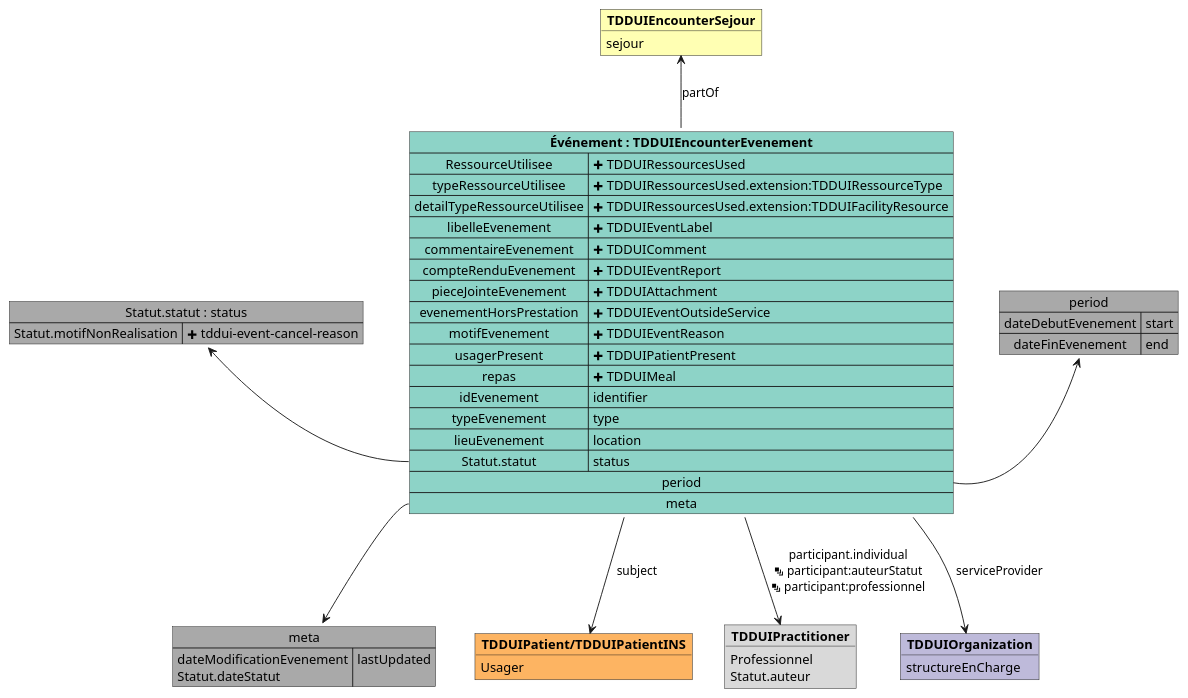
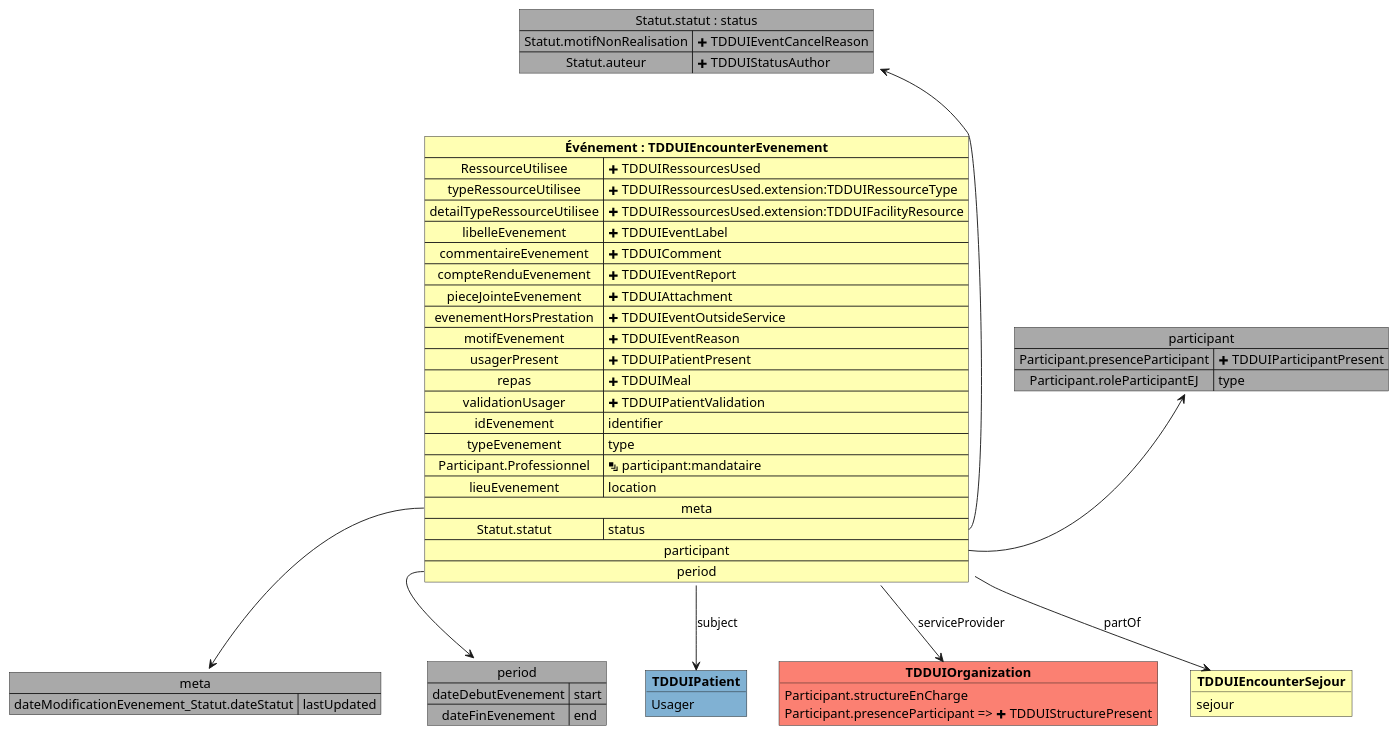
One commit to ansforge/IG-fhir-medicosocial-transfert-donnees-dui changed the diagram in input/images-source/mapping_TDDUIEncounterEvenement.plantuml. Above: the diagram before and after it, drawn with PlantUML. The commit also changed 8 other files, not shown here.

```diff
--- a/input/images-source/mapping_TDDUIEncounterEvenement.plantuml
+++ b/input/images-source/mapping_TDDUIEncounterEvenement.plantuml
@@ -1,60 +1,64 @@
 @startuml
 
 map "meta" as meta #DarkGray {
-    dateModificationEvenement\nStatut.dateStatut => lastUpdated
+    dateModificationEvenement_Statut.dateStatut => lastUpdated
 }
 
 map "Statut.statut : status" as Statutstatut #DarkGray {
-    Statut.motifNonRealisation => <&plus> tddui-event-cancel-reason
+    Statut.motifNonRealisation => <&plus> TDDUIEventCancelReason
+    Statut.auteur => <&plus> TDDUIStatusAuthor
+}
+
+map "participant" as participant #DarkGray {
+    Participant.presenceParticipant => <&plus> TDDUIParticipantPresent
+    Participant.roleParticipantEJ => type
 }
 
 map "period" as period #DarkGray {
     dateDebutEvenement => start
     dateFinEvenement => end
 }
 
-object "**TDDUIPatient/TDDUIPatientINS**" as TDDUIPatient #fdb462 {
+object "**TDDUIPatient**" as TDDUIPatient_subject #80b1d3 {
     Usager
 }
 
-object "**TDDUIPractitioner**" as TDDUIPractitioner #d9d9d9 {
-    Professionnel
-    Statut.auteur
+object "**TDDUIOrganization**" as TDDUIOrganization_serviceProvider #fb8072 {
+    Participant.structureEnCharge
+    Participant.presenceParticipant => <&plus> TDDUIStructurePresent
 }
 
-object "**TDDUIOrganization**" as TDDUIOrganization #bebada {
-    structureEnCharge
-}
-
-object "**TDDUIEncounterSejour**" as TDDUIEncounterSejour #ffffb3 {
+object "**TDDUIEncounterSejour**" as TDDUIEncounterSejour_partOf #ffffb3 {
     sejour
 }
 
-map "**Événement : TDDUIEncounterEvenement**" as Événement #8dd3c7 {
+map "**Événement : TDDUIEncounterEvenement**" as Événement #ffffb3 {
     RessourceUtilisee => <&plus> TDDUIRessourcesUsed
     typeRessourceUtilisee => <&plus> TDDUIRessourcesUsed.extension:TDDUIRessourceType
     detailTypeRessourceUtilisee => <&plus> TDDUIRessourcesUsed.extension:TDDUIMaterialDetail
     detailTypeRessourceUtilisee => <&plus> TDDUIRessourcesUsed.extension:TDDUIFacilityResource
     libelleEvenement => <&plus> TDDUIEventLabel
     commentaireEvenement => <&plus> TDDUIComment
     compteRenduEvenement => <&plus> TDDUIEventReport
     pieceJointeEvenement => <&plus> TDDUIAttachment
     evenementHorsPrestation => <&plus> TDDUIEventOutsideService
     motifEvenement => <&plus> TDDUIEventReason
     usagerPresent => <&plus> TDDUIPatientPresent
     repas => <&plus> TDDUIMeal
+    validationUsager => <&plus> TDDUIPatientValidation
     idEvenement => identifier
     typeEvenement => type
+    Participant.Professionnel => <&layers> participant:mandataire
     lieuEvenement => location
-    Statut.statut => status    
-    period *-> period
     meta *--> meta
+    Statut.statut => status
+    participant *-> participant
+    period *--> period
 }
 
-Événement::Statut.statut -l-> Statutstatut
-Événement --> TDDUIPatient : subject
-Événement --> TDDUIPractitioner : participant.individual\n<&layers> participant:auteurStatut\n<&layers> participant:professionnel
-Événement --> TDDUIOrganization : serviceProvider
-Événement -u-> TDDUIEncounterSejour : partOf
+Événement::Statut.statut -u-> Statutstatut
+Événement -d-> TDDUIPatient_subject : subject
+Événement -d-> TDDUIOrganization_serviceProvider : serviceProvider
+Événement -d-> TDDUIEncounterSejour_partOf : partOf
 
 @enduml
```
